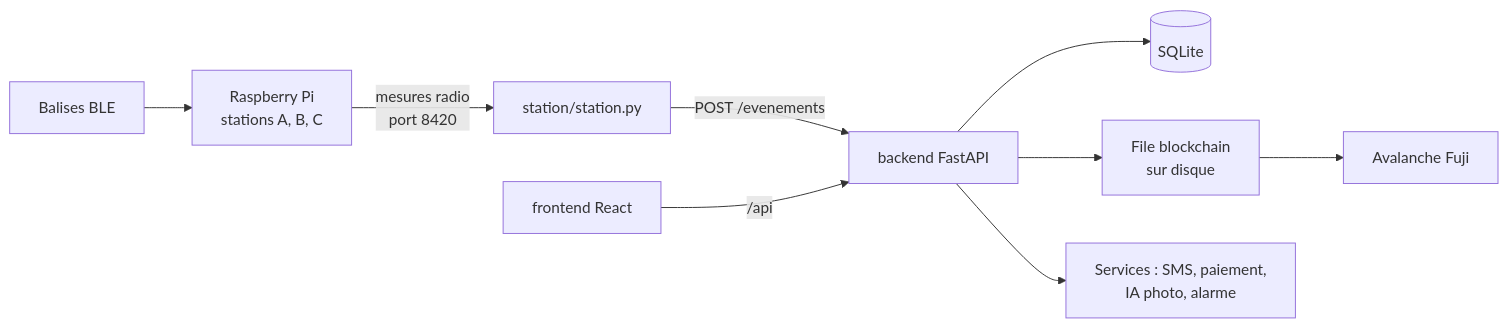
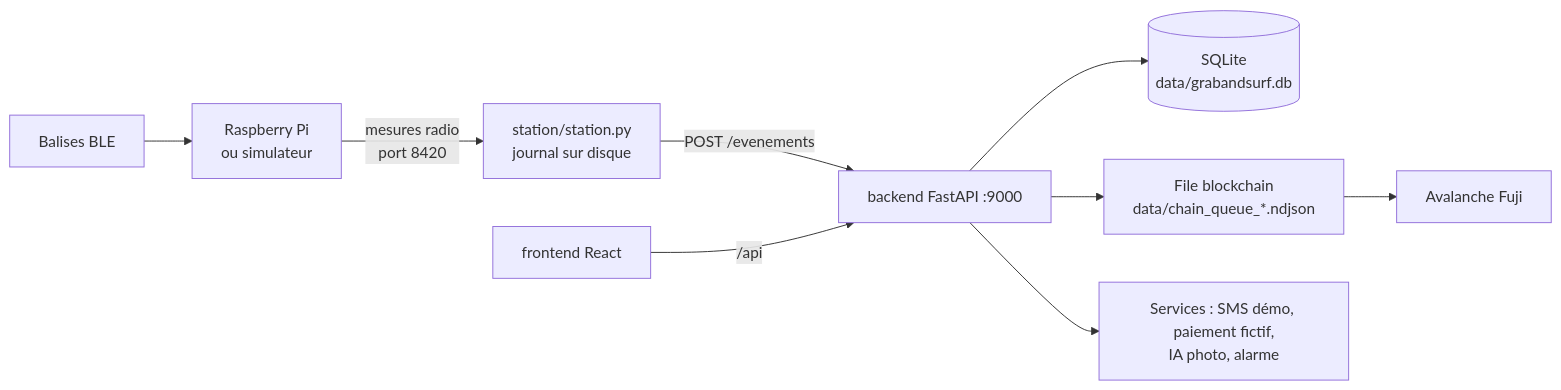
Before and after one commit to RamassamyM/grabandsurf: the first of 2 diagrams in docs/ARCHITECTURE.md, drawn with Mermaid. The commit also changed other lines of this file, not shown here.

Commit message:
docs(architecture): single version aligned with the code, validated decisions and priorities

````diff
--- a/docs/ARCHITECTURE.md
+++ b/docs/ARCHITECTURE.md
@@ -215,11 +27,11 @@
 ```mermaid
 flowchart LR
-  B[Balises BLE] --> P[Raspberry Pi<br/>stations A, B, C]
-  P -->|mesures radio<br/>port 8420| S[station/station.py]
-  S -->|POST /evenements| API[backend FastAPI]
-  API --> DB[(SQLite)]
-  API --> Q[File blockchain<br/>sur disque]
+  B[Balises BLE] --> P[Raspberry Pi<br/>ou simulateur]
+  P -->|mesures radio<br/>port 8420| S[station/station.py<br/>journal sur disque]
+  S -->|POST /evenements| API[backend FastAPI :9000]
+  API --> DB[(SQLite<br/>data/grabandsurf.db)]
+  API --> Q[File blockchain<br/>data/chain_queue_*.ndjson]
   Q --> AV[Avalanche Fuji]
-  API --> SVC[Services : SMS, paiement,<br/>IA photo, alarme]
+  API --> SVC[Services : SMS démo, paiement fictif,<br/>IA photo, alarme]
   FE[frontend React] -->|/api| API
 ```
````
